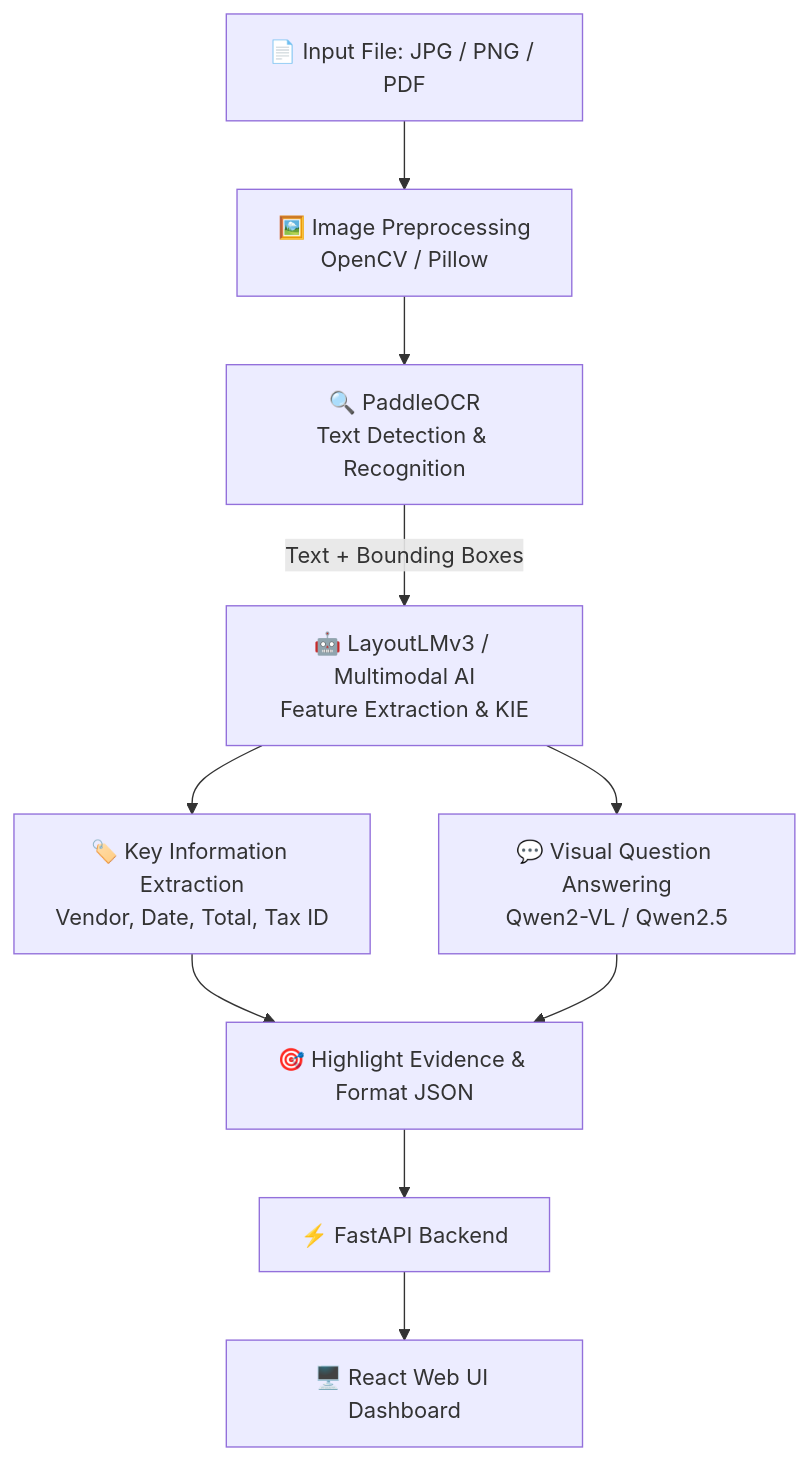
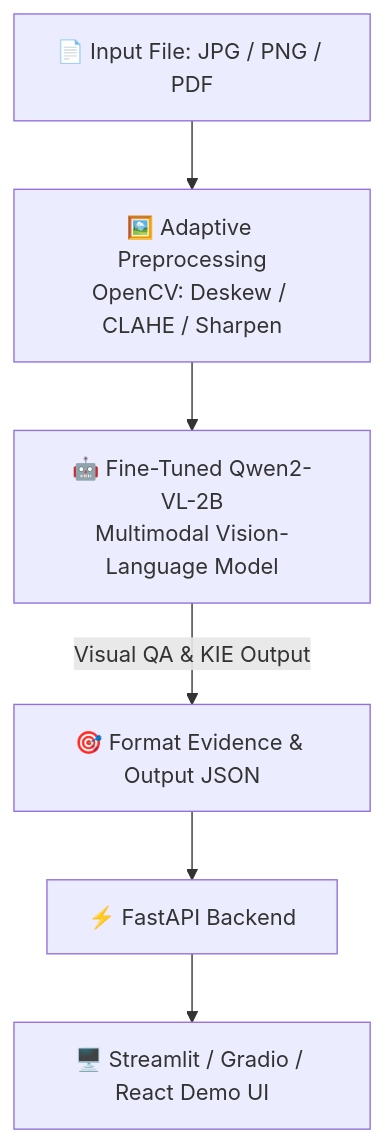
The diagram in README.md (nbquoclong-bit/Document-Visual-Question-Answering-System), drawn with Mermaid before and after one commit. The commit also changed other lines of this file and 45 other files, not shown here.

Commit message:
Finalize clean VLM model codebase, ready for backend integration

````diff
--- a/README.md
+++ b/README.md
@@ -14,16 +33,9 @@
 ```mermaid
 flowchart TD
-    A[📄 Input File: JPG / PNG / PDF] --> B[🖼️ Image Preprocessing\nOpenCV / Pillow]
-    B --> C[🔍 PaddleOCR\nText Detection & Recognition]
-
-    C -->|Text + Bounding Boxes| D[🤖 LayoutLMv3 / Multimodal AI\nFeature Extraction & KIE]
-
-    D --> E1[🏷️ Key Information Extraction\nVendor, Date, Total, Tax ID]
-    D --> E2[💬 Visual Question Answering\nQwen2-VL / Qwen2.5]
-
-    E1 --> F[🎯 Highlight Evidence & Format JSON]
-    E2 --> F
-
-    F --> G[⚡ FastAPI Backend]
-    G --> H[🖥️ React Web UI Dashboard]
+    A[📄 Input File: JPG / PNG / PDF] --> B[🖼️ Adaptive Preprocessing\nOpenCV: Deskew / CLAHE / Sharpen]
+    B --> C[🤖 Fine-Tuned Qwen2-VL-2B\nMultimodal Vision-Language Model]
+    
+    C -->|Visual QA & KIE Output| D[🎯 Format Evidence & Output JSON]
+    D --> E[⚡ FastAPI Backend]
+    E --> F[🖥️ Streamlit / Gradio / React Demo UI]
 ```
````
